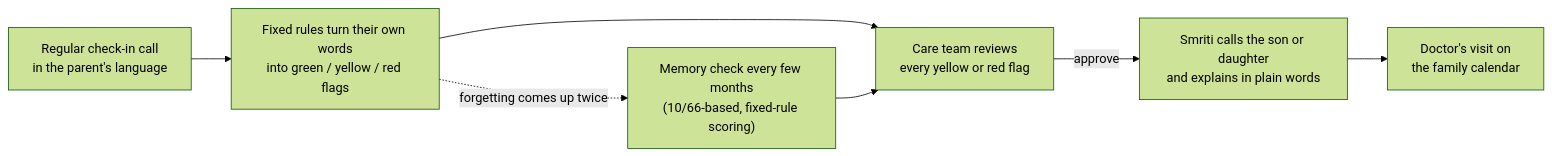
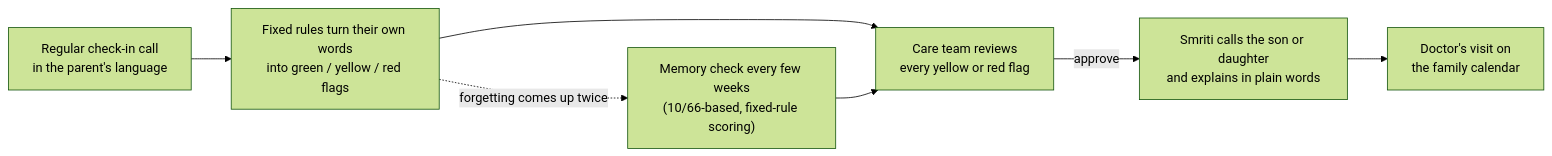
Before and after one commit to rkprem0518-gif/Smrithi: the first of 2 diagrams in README.md, drawn with Mermaid (forest theme). The commit also changed other lines of this file and 3 other files, not shown here.

First line of the commit message:
Memory check every few weeks (default every 4 weeks)

````diff
--- a/README.md
+++ b/README.md
@@ -30,9 +30,9 @@
 ```mermaid
 flowchart LR
   A["Regular check-in call<br/>in the parent's language"] --> B["Fixed rules turn their own words<br/>into green / yellow / red flags"]
   B --> C["Care team reviews<br/>every yellow or red flag"]
-  M["Memory check every few months<br/>(10/66-based, fixed-rule scoring)"] --> C
+  M["Memory check every few weeks<br/>(10/66-based, fixed-rule scoring)"] --> C
   C -->|approve| D["Smriti calls the son or daughter<br/>and explains in plain words"]
   D --> E["Doctor's visit on<br/>the family calendar"]
   B -. "forgetting comes up twice" .-> M
 ```
````
